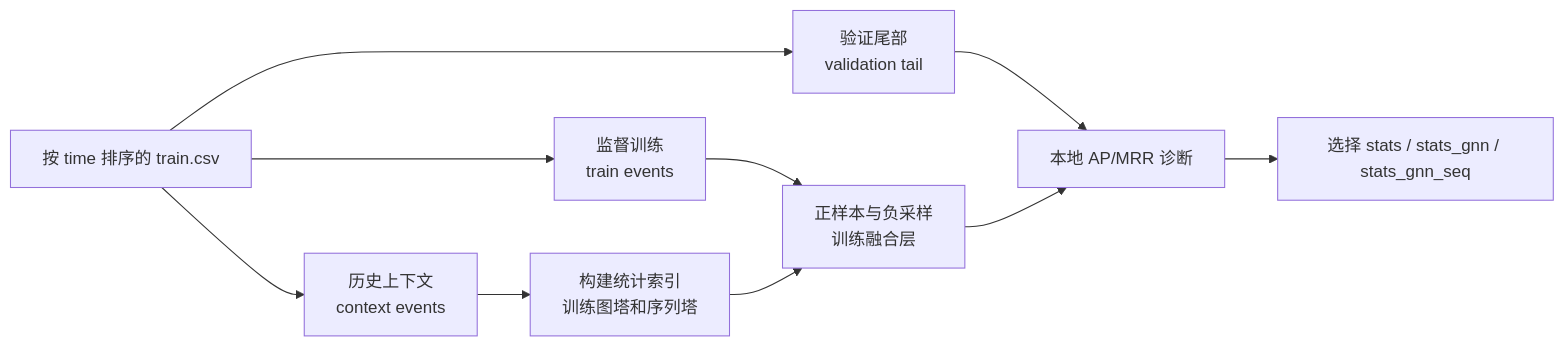
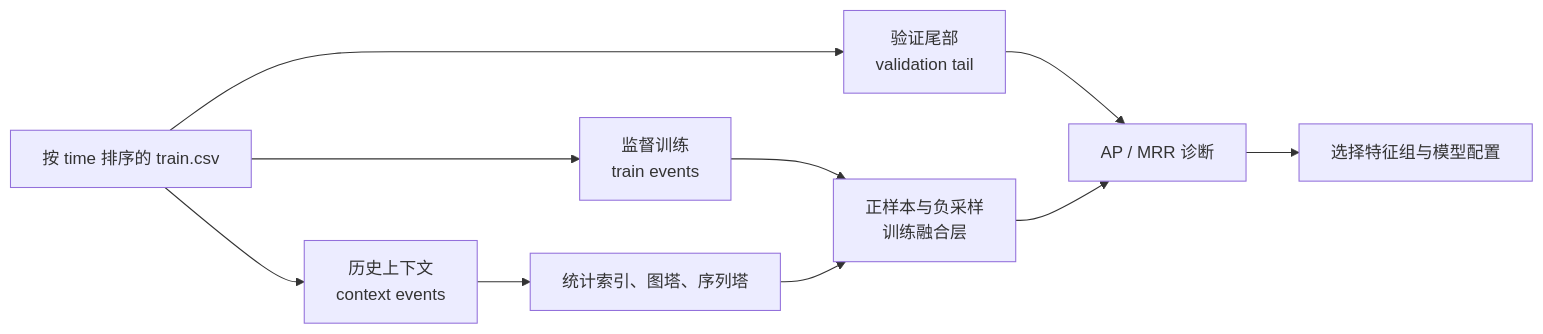
One commit to Puiching-Memory/jittor-GPNUT1-JGRec changed the third of 4 diagrams in docs/research/problem-overview.md. Above: the diagram before and after it, drawn with Mermaid. The commit also changed other lines of this file and 8 other files, not shown here.

First line of the commit message:
docs: 重构和美化全套技术文档，引入 Mermaid 流程图与 LaTeX 数学公式

````diff
--- a/docs/research/problem-overview.md
+++ b/docs/research/problem-overview.md
@@ -172,12 +237,12 @@
 ```mermaid
 flowchart LR
     A["按 time 排序的 train.csv"] --> B["历史上下文<br/>context events"]
     A --> C["监督训练<br/>train events"]
     A --> D["验证尾部<br/>validation tail"]
-    B --> E["构建统计索引<br/>训练图塔和序列塔"]
+    B --> E["统计索引、图塔、序列塔"]
     C --> F["正样本与负采样<br/>训练融合层"]
-    D --> G["本地 AP/MRR 诊断"]
+    D --> G["AP / MRR 诊断"]
     E --> F
     F --> G
-    G --> H["选择 stats / stats_gnn / stats_gnn_seq"]
+    G --> H["选择特征组与模型配置"]
 ```
````
